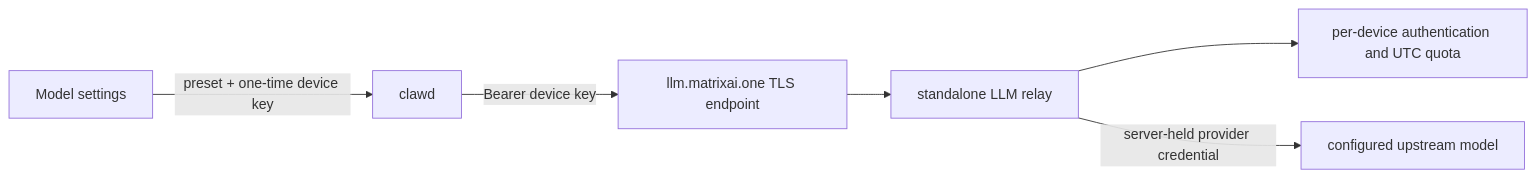
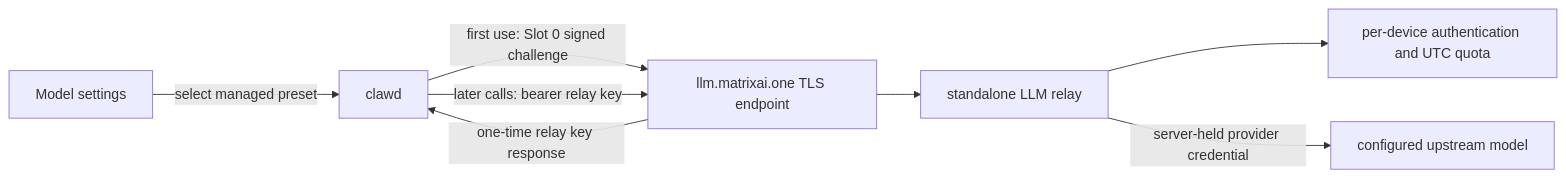
One commit to MatrixCoreX/RustClaw changed the third of 4 diagrams in README.md. Above: the diagram before and after it, drawn with Mermaid. The commit also changed other lines of this file and 17 other files, not shown here.

Commit message:
feat: enroll relay devices with Slot 0

````diff
--- a/README.md
+++ b/README.md
@@ -695,8 +698,10 @@
 ```mermaid
 flowchart LR
-    UI[Model settings] -->|preset + one-time device key| CL[clawd]
-    CL -->|Bearer device key| TLS[llm.matrixai.one TLS endpoint]
+    UI[Model settings] -->|select managed preset| CL[clawd]
+    CL -->|first use: Slot 0 signed challenge| TLS[llm.matrixai.one TLS endpoint]
+    TLS -->|one-time relay key response| CL
+    CL -->|later calls: bearer relay key| TLS
     TLS --> RELAY[standalone LLM relay]
     RELAY --> QUOTA[per-device authentication and UTC quota]
     RELAY -->|server-held provider credential| UPSTREAM[configured upstream model]
 ```
````
